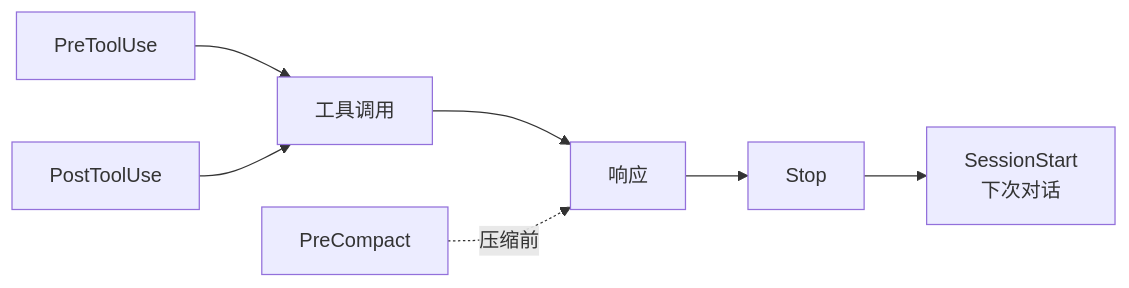
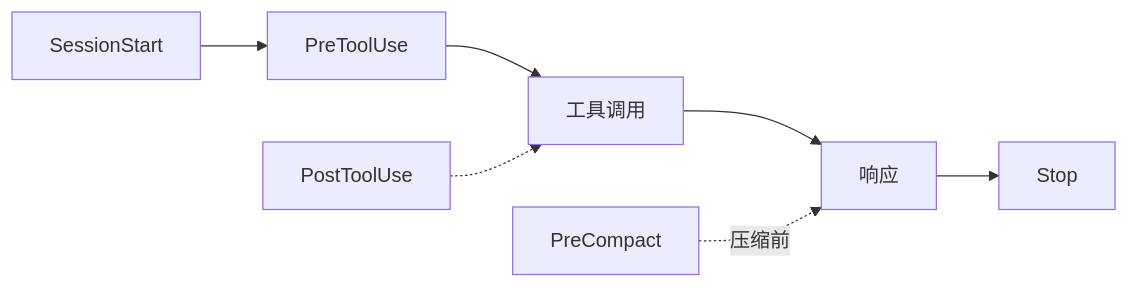
Before and after one commit to chenklein26-maker/Harness-Starter: the diagram in README.md, drawn with Mermaid. The commit also changed other lines of this file and 1 other file, not shown here.

````diff
--- a/README.md
+++ b/README.md
@@ -75,9 +77,9 @@
 ```mermaid
 flowchart LR
-  A[PreToolUse] --> B[工具调用]
-  C[PostToolUse] --> B
-  B --> D[响应]
-  D --> E[Stop]
-  E --> F[SessionStart<br/>下次对话]
-  G[PreCompact] -.->|压缩前| D
+  A[SessionStart] --> B[PreToolUse]
+  B --> C[工具调用]
+  D[PostToolUse] -.-> C
+  C --> E[响应]
+  E --> F[Stop]
+  G[PreCompact] -.->|压缩前| E
 ```
````
